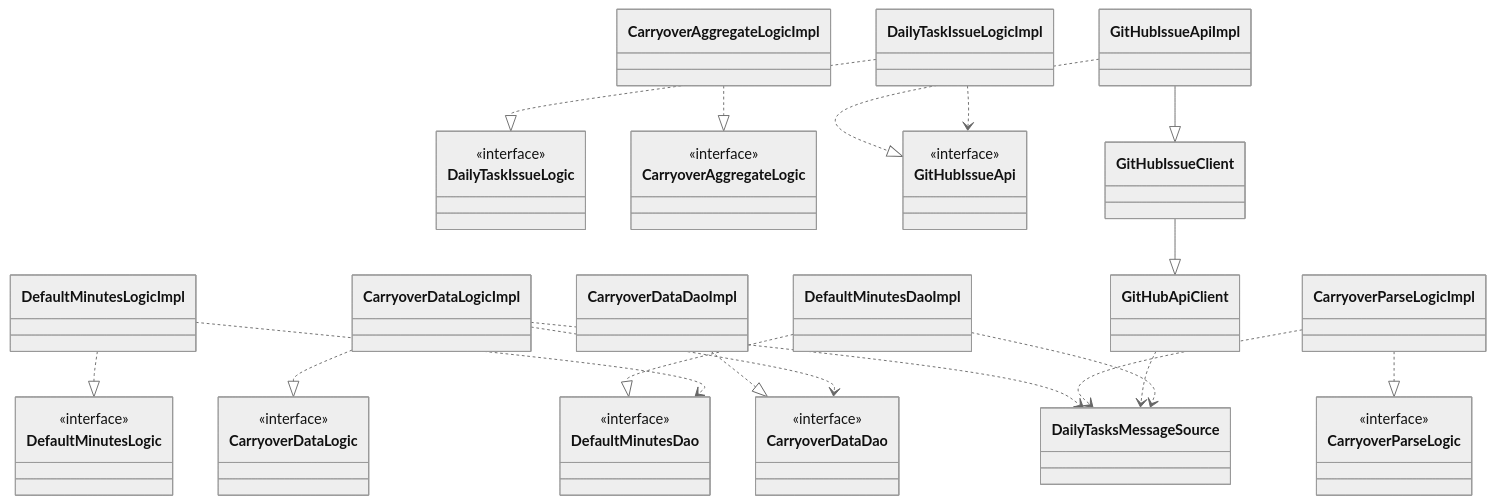
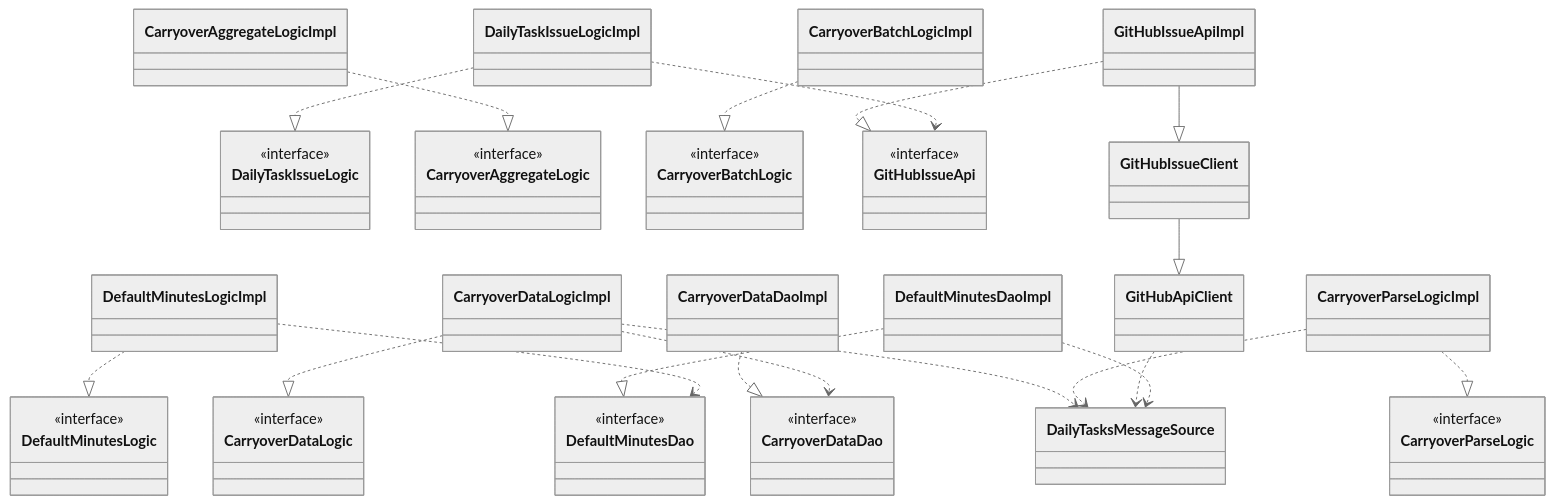
Before and after one commit to KenichiroArai/kb002_daily-tasks_doc: the third of 3 diagrams in docs/design/backend/04-modules.md, drawn with Mermaid (neutral theme). The commit also changed other lines of this file and 3 other files, not shown here.

First line of the commit message:
#3 索引の単位分割を CarryoverBatchLogic に切り出した設計へ合わせる

````diff
--- a/docs/design/backend/04-modules.md
+++ b/docs/design/backend/04-modules.md
@@ -115,56 +120,61 @@
 ```mermaid
 classDiagram
   class DailyTaskIssueLogic {
     <<interface>>
   }
   class DailyTaskIssueLogicImpl
   class DefaultMinutesLogic {
     <<interface>>
   }
   class DefaultMinutesLogicImpl
   class CarryoverDataLogic {
     <<interface>>
   }
   class CarryoverDataLogicImpl
   class CarryoverParseLogic {
     <<interface>>
   }
   class CarryoverParseLogicImpl
   class CarryoverAggregateLogic {
     <<interface>>
   }
   class CarryoverAggregateLogicImpl
+  class CarryoverBatchLogic {
+    <<interface>>
+  }
+  class CarryoverBatchLogicImpl
   class GitHubIssueApi {
     <<interface>>
   }
   class GitHubApiClient
   class GitHubIssueClient
   class GitHubIssueApiImpl
   class CarryoverDataDao {
     <<interface>>
   }
   class CarryoverDataDaoImpl
   class DefaultMinutesDao {
     <<interface>>
   }
   class DefaultMinutesDaoImpl
   class DailyTasksMessageSource
 
   DailyTaskIssueLogicImpl ..|> DailyTaskIssueLogic
   DefaultMinutesLogicImpl ..|> DefaultMinutesLogic
   CarryoverDataLogicImpl ..|> CarryoverDataLogic
   CarryoverParseLogicImpl ..|> CarryoverParseLogic
   CarryoverAggregateLogicImpl ..|> CarryoverAggregateLogic
+  CarryoverBatchLogicImpl ..|> CarryoverBatchLogic
   GitHubIssueClient --|> GitHubApiClient
   GitHubIssueApiImpl --|> GitHubIssueClient
   GitHubIssueApiImpl ..|> GitHubIssueApi
   CarryoverDataDaoImpl ..|> CarryoverDataDao
   DefaultMinutesDaoImpl ..|> DefaultMinutesDao
   DailyTaskIssueLogicImpl ..> GitHubIssueApi
   DefaultMinutesLogicImpl ..> DefaultMinutesDao
   CarryoverDataLogicImpl ..> CarryoverDataDao
   CarryoverDataLogicImpl ..> DailyTasksMessageSource
   CarryoverParseLogicImpl ..> DailyTasksMessageSource
   GitHubApiClient ..> DailyTasksMessageSource
   DefaultMinutesDaoImpl ..> DailyTasksMessageSource
 ```
````
